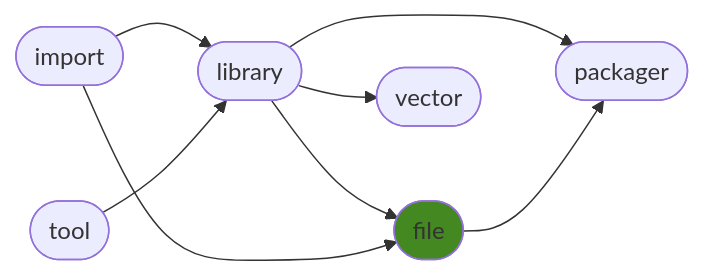
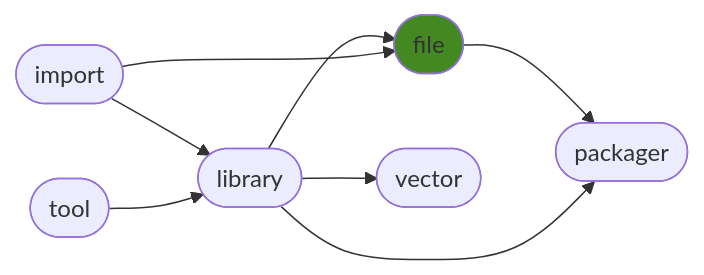
Before and after one commit to ManderaGeneral/generalfile: the diagram in README.md, drawn with Mermaid. The commit also changed other lines of this file, not shown here.

````diff
--- a/README.md
+++ b/README.md
@@ -24,17 +24,17 @@
 ```mermaid
 flowchart LR
+3([file]) --> 5([packager])
 2([library]) --> 5([packager])
+2([library]) --> 3([file])
 0([import]) --> 2([library])
-2([library]) --> 3([file])
-3([file]) --> 5([packager])
+1([tool]) --> 2([library])
 2([library]) --> 4([vector])
-1([tool]) --> 2([library])
 0([import]) --> 3([file])
 click 0 "https://github.com/ManderaGeneral/generalimport"
 click 1 "https://github.com/ManderaGeneral/generaltool"
 click 2 "https://github.com/ManderaGeneral/generallibrary"
 click 3 "https://github.com/ManderaGeneral/generalfile"
 click 4 "https://github.com/ManderaGeneral/generalvector"
 click 5 "https://github.com/ManderaGeneral/generalpackager"
 style 3 fill:#482
 ```
````
